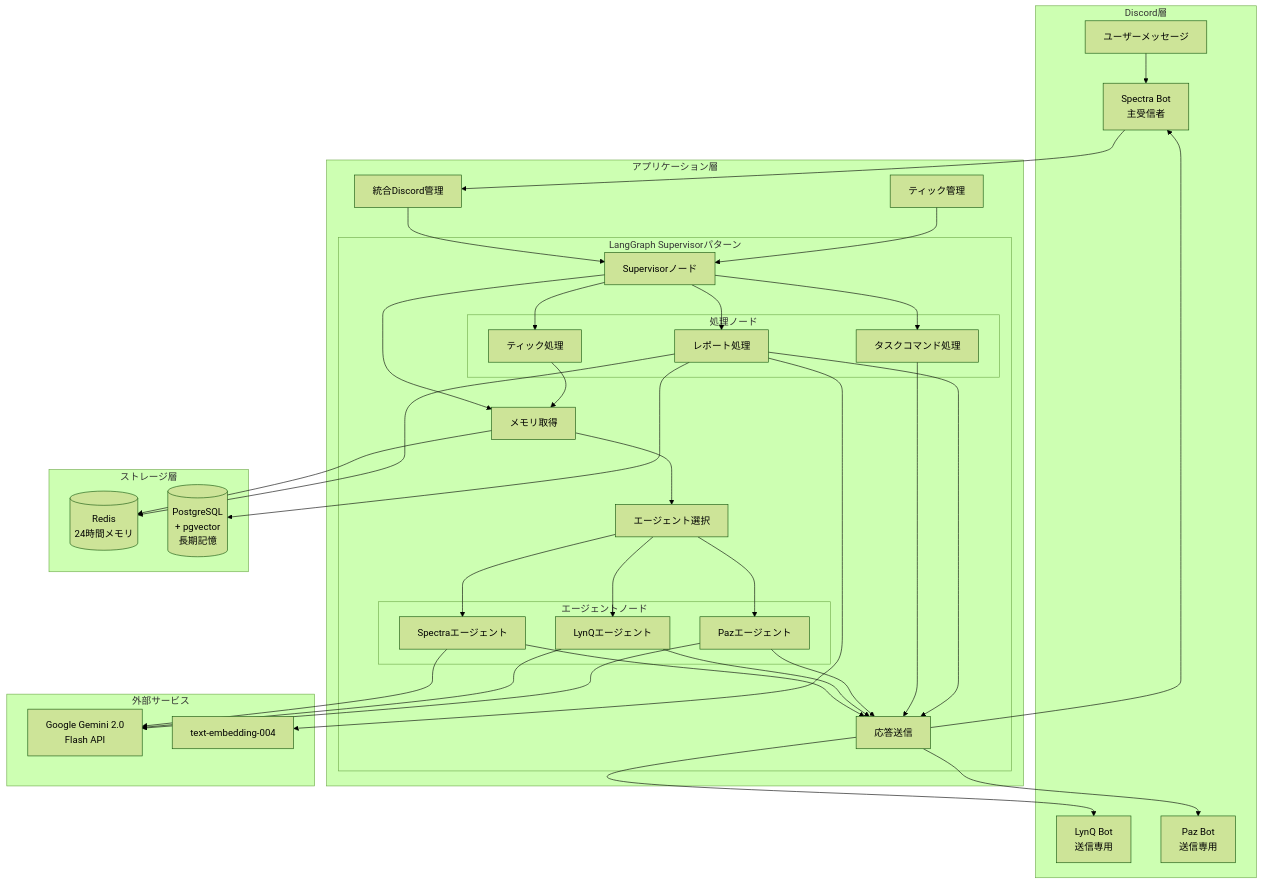
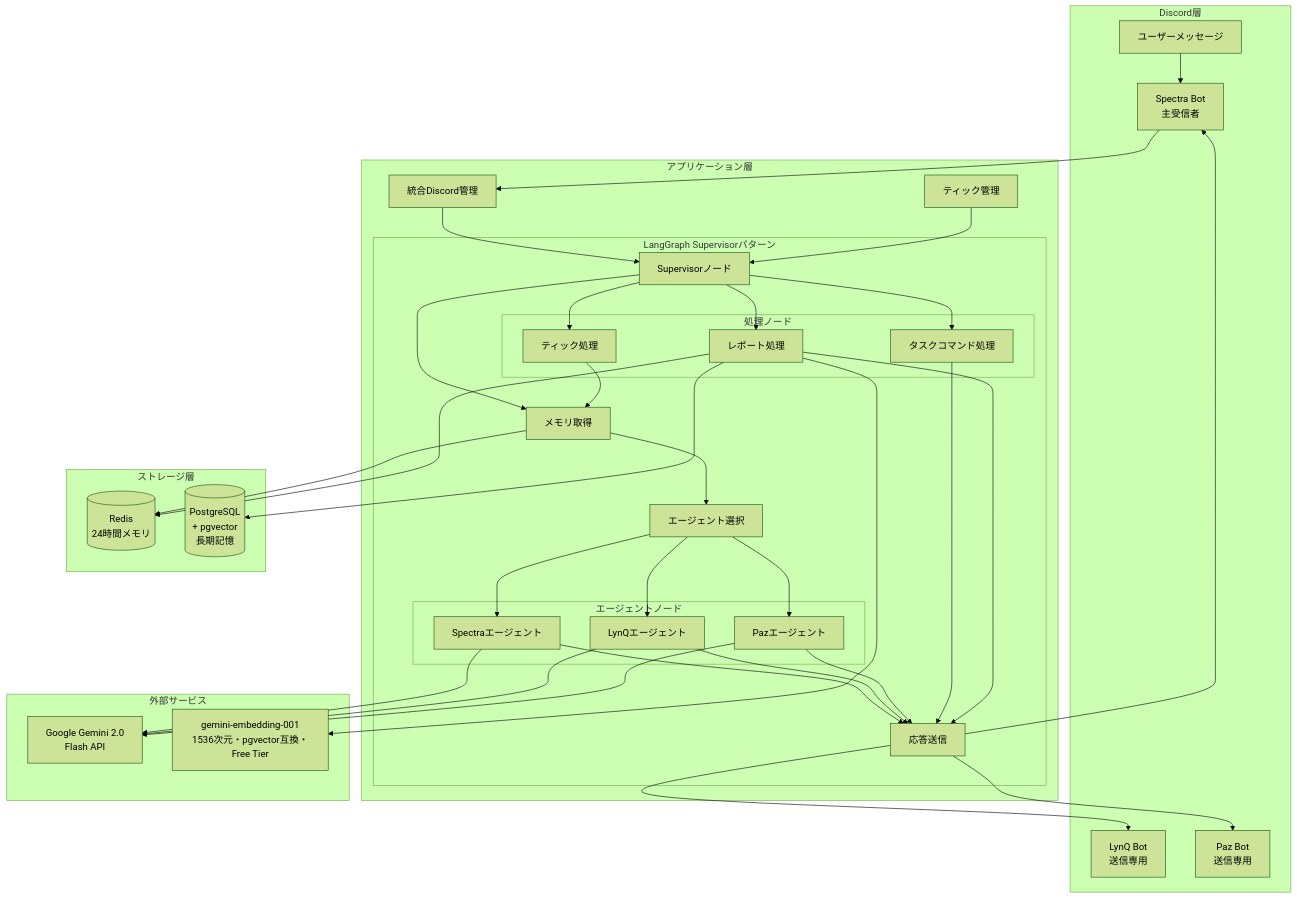
One commit to sito-sikino/project-011 changed the first of 3 diagrams in _docs/architecture.md. Above: the diagram before and after it, drawn with Mermaid (forest theme). The commit also changed other lines of this file and 1 other file, not shown here.

First line of the commit message:
技術仕様更新: gemini-embedding-001次元最適化によるpgvector互換性実現

````diff
--- a/_docs/architecture.md
+++ b/_docs/architecture.md
@@ -9,82 +9,82 @@
 ```mermaid
 graph TB
     subgraph "Discord層"
         U[ユーザーメッセージ]
         DC1[Spectra Bot<br/>主受信者]
         DC2[LynQ Bot<br/>送信専用]
         DC3[Paz Bot<br/>送信専用]
     end
     
     subgraph "アプリケーション層"
         UDM[統合Discord管理]
         TM[ティック管理]
         
         subgraph "LangGraph Supervisorパターン"
             S[Supervisorノード]
             MR[メモリ取得]
             AS[エージェント選択]
             
             subgraph "処理ノード"
                 TCP[タスクコマンド処理]
                 RP[レポート処理]
                 TP[ティック処理]
             end
             
             subgraph "エージェントノード"
                 SA[Spectraエージェント]
                 LA[LynQエージェント] 
                 PA[Pazエージェント]
             end
             
             RS[応答送信]
         end
     end
     
     subgraph "ストレージ層"
         R[(Redis<br/>24時間メモリ)]
         P[(PostgreSQL<br/>+ pgvector<br/>長期記憶)]
     end
     
     subgraph "外部サービス"
         G[Google Gemini 2.0<br/>Flash API]
-        E[text-embedding-004]
+        E[gemini-embedding-001<br/>1536次元・pgvector互換・Free Tier]
     end
     
     U --> DC1
     DC1 --> UDM
     UDM --> S
     
     S --> MR
     S --> TCP
     S --> RP
     S --> TP
     
     MR --> AS
     TP --> MR
     AS --> SA
     AS --> LA
     AS --> PA
     
     SA --> RS
     LA --> RS
     PA --> RS
     
     RS --> DC1
     RS --> DC2
     RS --> DC3
     
     TCP --> RS
     RP --> RS
     
     TM --> S
     
     MR --> R
     RP --> R
     RP --> P
     
     SA --> G
     LA --> G
     PA --> G
     
     RP --> E
 ```
````
